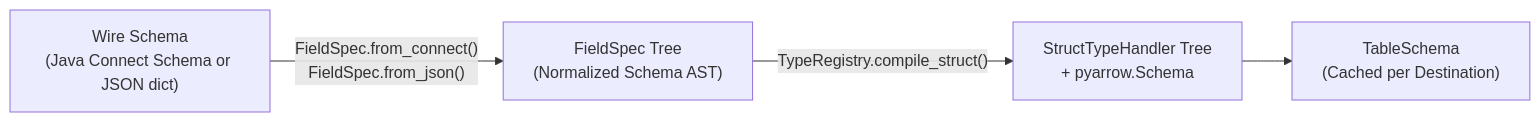
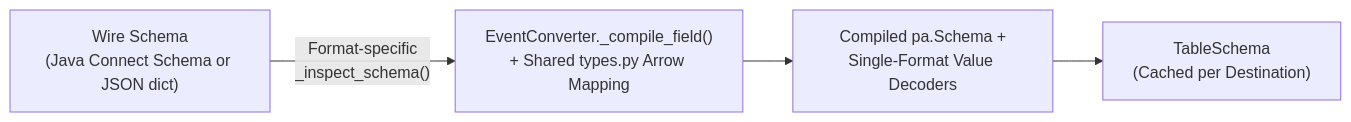
The second of 2 diagrams in docs/schema/index.md (memiiso/pydbzengine), drawn with Mermaid before and after one commit. The commit also changed other lines of this file and 21 other files, not shown here.

Commit message:
refactor: refactor schema module to streamline type handling and converters

````diff
--- a/docs/schema/index.md
+++ b/docs/schema/index.md
@@ -105,6 +107,6 @@
 ```mermaid
 flowchart LR
-    WIRE["Wire Schema\n(Java Connect Schema or JSON dict)"] -->|"FieldSpec.from_connect()\nFieldSpec.from_json()"| FS["FieldSpec Tree\n(Normalized Schema AST)"]
-    FS -->|"TypeRegistry.compile_struct()"| HANDLERS["StructTypeHandler Tree\n+ pyarrow.Schema"]
-    HANDLERS --> TS["TableSchema\n(Cached per Destination)"]
+    WIRE["Wire Schema\n(Java Connect Schema or JSON dict)"] -->|"Format-specific\n_inspect_schema()"| COMP["EventConverter._compile_field()\n+ Shared types.py Arrow Mapping"]
+    COMP --> DEC["Compiled pa.Schema +\nSingle-Format Value Decoders"]
+    DEC --> TS["TableSchema\n(Cached per Destination)"]
 ```
````
